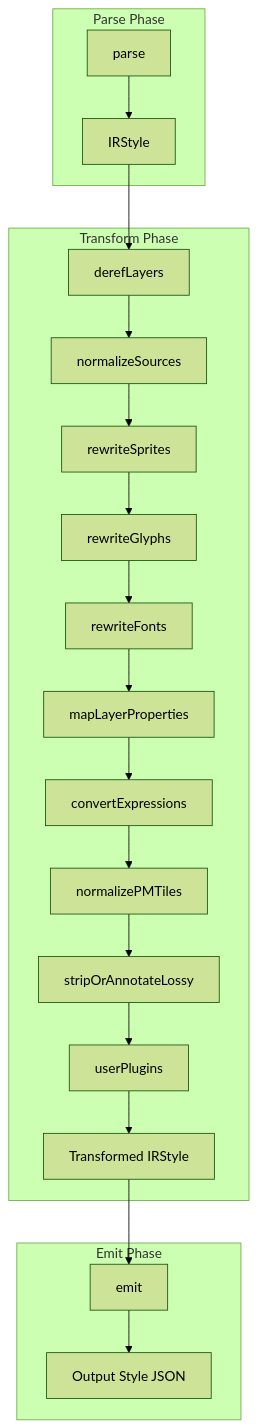
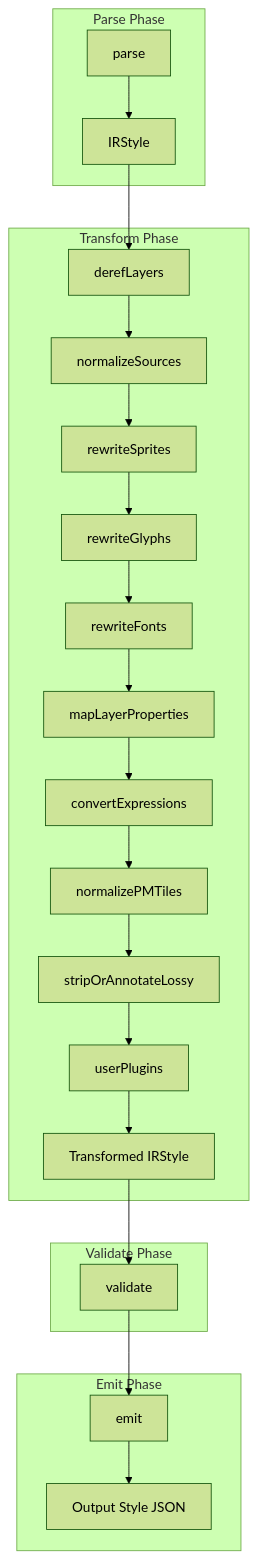
Before and after one commit to walkthru-earth/styleglot: the first of 2 diagrams in docs/04-transform-pipeline.md, drawn with Mermaid (forest theme). The commit also changed other lines of this file and 2 other files, not shown here.

````diff
--- a/docs/04-transform-pipeline.md
+++ b/docs/04-transform-pipeline.md
@@ -5,25 +5,29 @@
 ```mermaid
 graph TD
     subgraph "Parse Phase"
         P[parse] --> IR1[IRStyle]
     end
     
     subgraph "Transform Phase"
         IR1 --> T1[derefLayers]
         T1 --> T2[normalizeSources]
         T2 --> T3[rewriteSprites]
         T3 --> T4[rewriteGlyphs]
         T4 --> T5[rewriteFonts]
         T5 --> T6[mapLayerProperties]
         T6 --> T7[convertExpressions]
         T7 --> T8[normalizePMTiles]
         T8 --> T9[stripOrAnnotateLossy]
         T9 --> T10[userPlugins]
         T10 --> IR2[Transformed IRStyle]
     end
     
+    subgraph "Validate Phase"
+        IR2 --> V[validate]
+    end
+
     subgraph "Emit Phase"
-        IR2 --> E[emit]
+        V --> E[emit]
         E --> OUT[Output Style JSON]
     end
 ```
````
